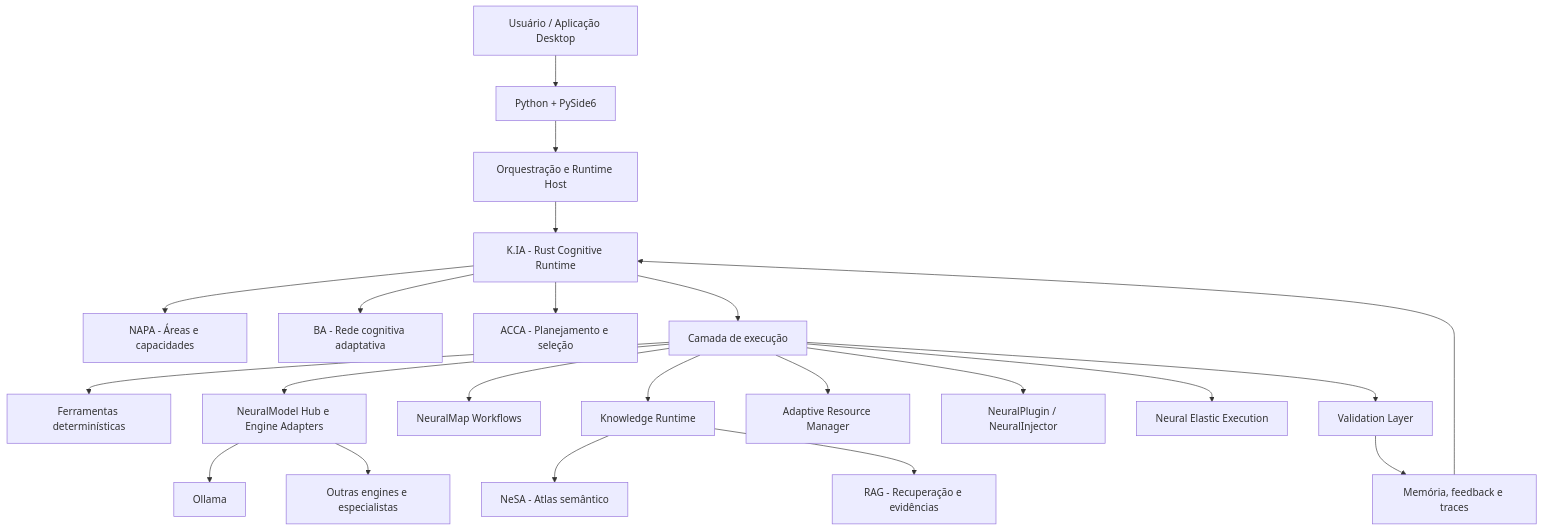
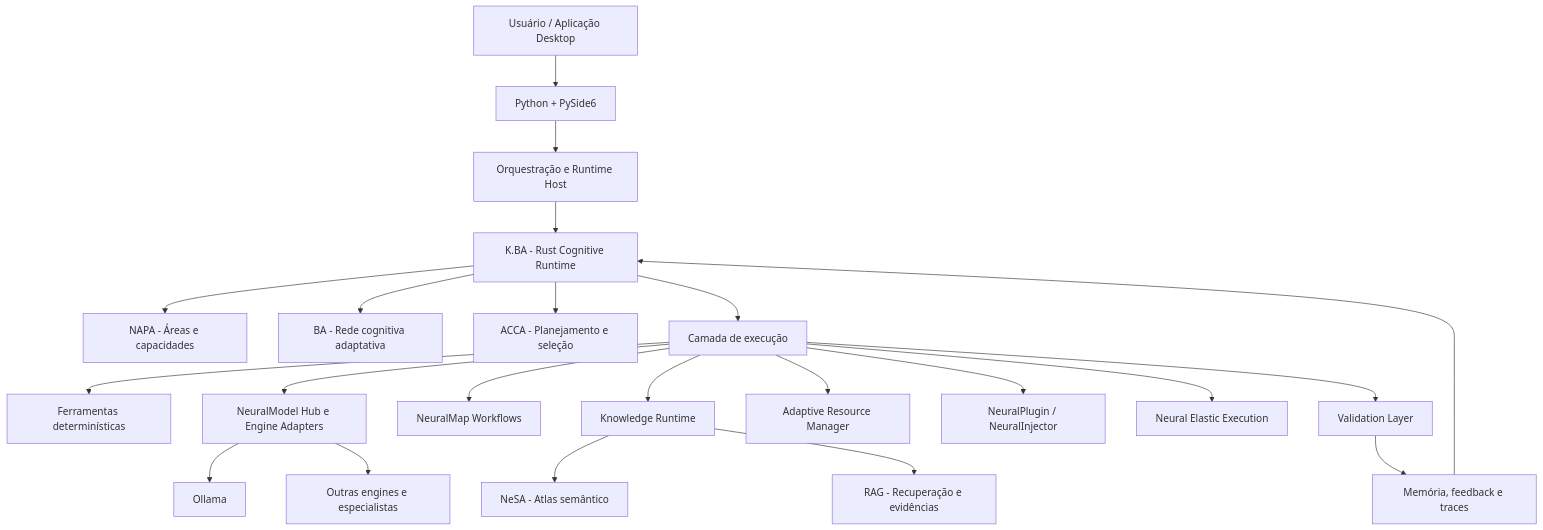
The diagram in README.md (K410Sh4/AILocalUniversal), drawn with Mermaid before and after one commit. The commit also changed other lines of this file and 38 other files, not shown here.

````diff
--- a/README.md
+++ b/README.md
@@ -26,30 +26,30 @@
 ```mermaid
 flowchart TB
     U[Usuário / Aplicação Desktop] --> UI[Python + PySide6]
     UI --> HOST[Orquestração e Runtime Host]
-    HOST --> KIA[K.IA - Rust Cognitive Runtime]
+    HOST --> KBA[K.BA - Rust Cognitive Runtime]
 
-    KIA --> NAPA[NAPA - Áreas e capacidades]
-    KIA --> BA[BA - Rede cognitiva adaptativa]
-    KIA --> ACCA[ACCA - Planejamento e seleção]
+    KBA --> NAPA[NAPA - Áreas e capacidades]
+    KBA --> BA[BA - Rede cognitiva adaptativa]
+    KBA --> ACCA[ACCA - Planejamento e seleção]
 
-    KIA --> EXEC[Camada de execução]
+    KBA --> EXEC[Camada de execução]
     EXEC --> TOOLS[Ferramentas determinísticas]
     EXEC --> MODELS[NeuralModel Hub e Engine Adapters]
     EXEC --> MAP[NeuralMap Workflows]
     EXEC --> KNOW[Knowledge Runtime]
 
     KNOW --> NESA[NeSA - Atlas semântico]
     KNOW --> RAG[RAG - Recuperação e evidências]
 
     MODELS --> OLLAMA[Ollama]
     MODELS --> OTHER[Outras engines e especialistas]
 
     EXEC --> RESOURCE[Adaptive Resource Manager]
     EXEC --> PLUGINS[NeuralPlugin / NeuralInjector]
     EXEC --> ELASTIC[Neural Elastic Execution]
 
     EXEC --> VALID[Validation Layer]
     VALID --> MEMORY[Memória, feedback e traces]
-    MEMORY --> KIA
+    MEMORY --> KBA
 ```
````
